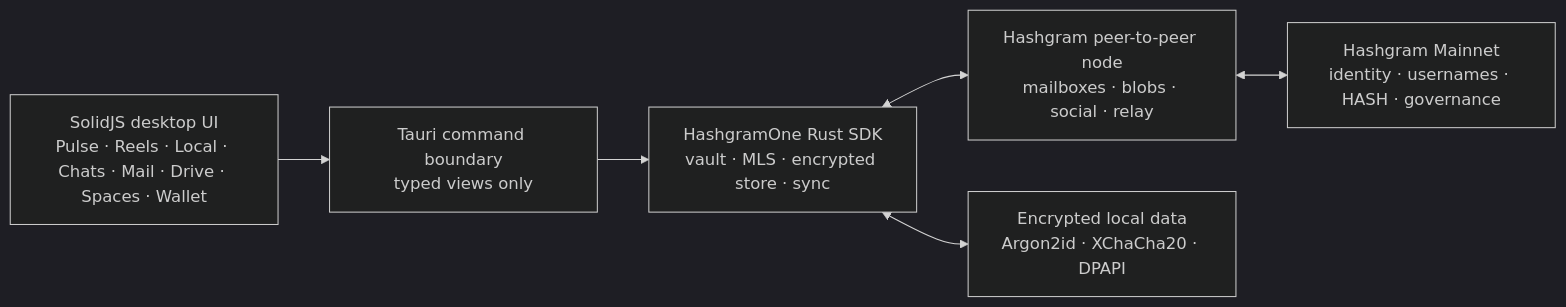
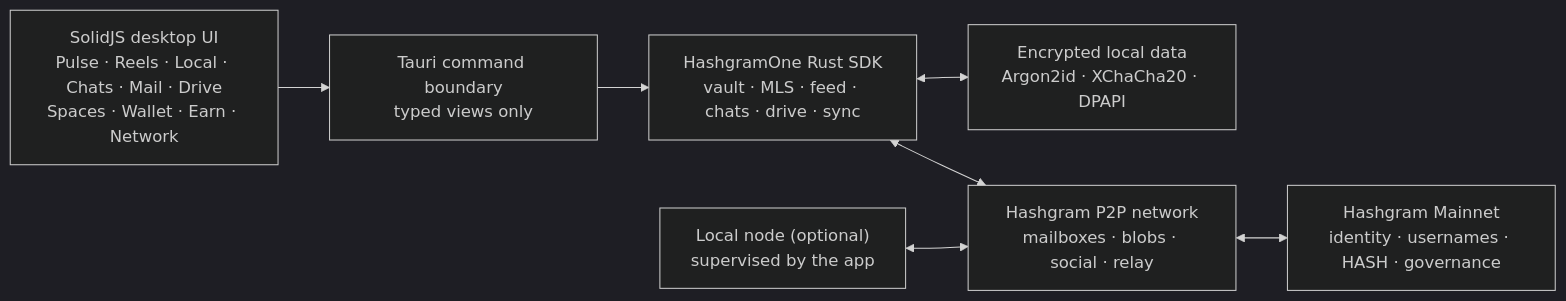
Before and after one commit to deepdrogo/hashgram_windows: the diagram in README.md, drawn with Mermaid (dark theme). The commit also changed other lines of this file and 13 other files, not shown here.

````diff
--- a/README.md
+++ b/README.md
@@ -236,14 +245,16 @@
 ```mermaid
 flowchart LR
-  UI["SolidJS desktop UI<br/>Pulse · Reels · Local · Chats · Mail · Drive · Spaces · Wallet"]
+  UI["SolidJS desktop UI<br/>Pulse · Reels · Local · Chats · Mail · Drive<br/>Spaces · Wallet · Earn · Network"]
   T["Tauri command boundary<br/>typed views only"]
-  SDK["HashgramOne Rust SDK<br/>vault · MLS · encrypted store · sync"]
-  P2P["Hashgram peer-to-peer node<br/>mailboxes · blobs · social · relay"]
+  SDK["HashgramOne Rust SDK<br/>vault · MLS · feed · chats · drive · sync"]
+  NODE["Local node (optional)<br/>supervised by the app"]
+  P2P["Hashgram P2P network<br/>mailboxes · blobs · social · relay"]
   CHAIN["Hashgram Mainnet<br/>identity · usernames · HASH · governance"]
   LOCAL["Encrypted local data<br/>Argon2id · XChaCha20 · DPAPI"]
 
   UI --> T --> SDK
   SDK <--> LOCAL
   SDK <--> P2P
+  NODE <--> P2P
   P2P <--> CHAIN
 ```
````
